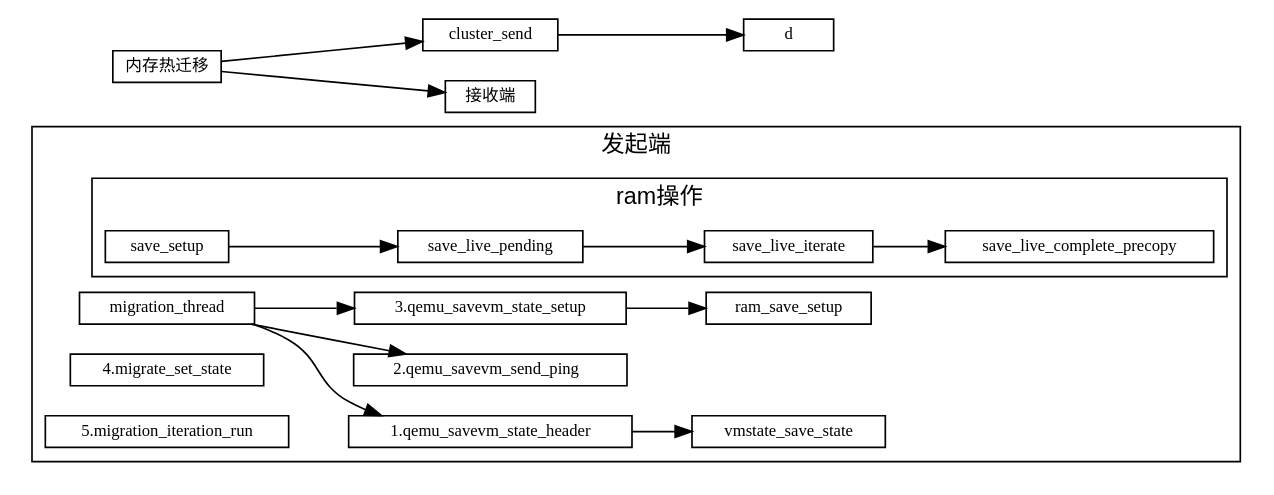
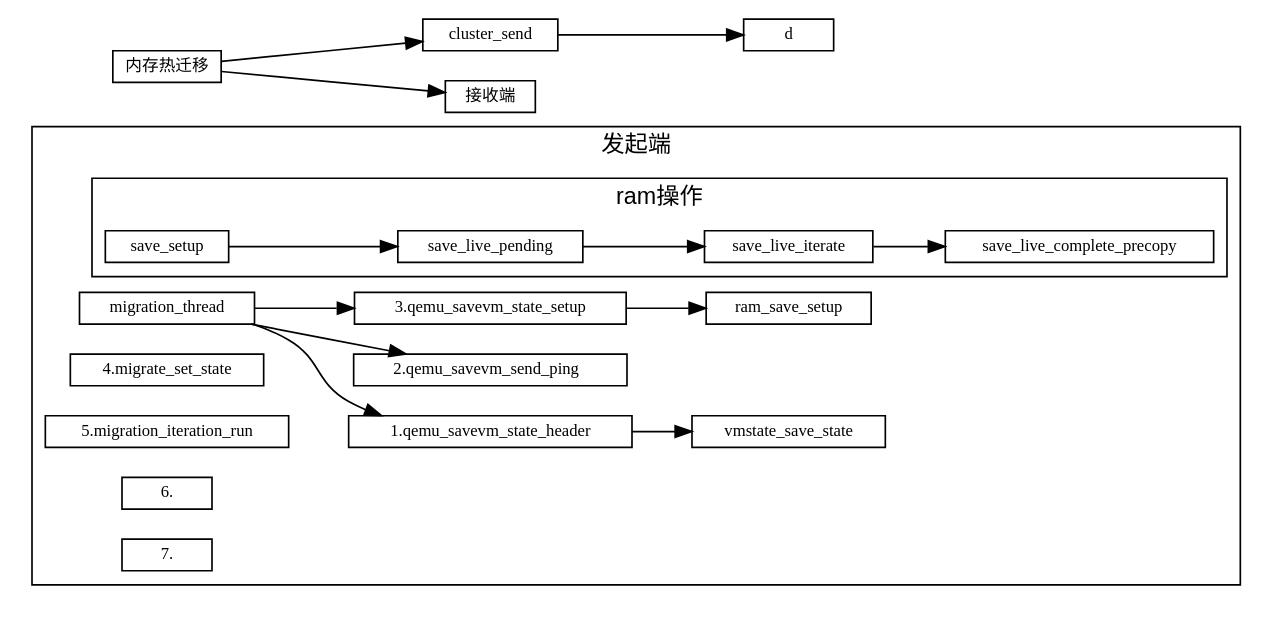
The diagram in 虚拟化/热迁移/1-内存热迁移.md (sisyphus1212/note), drawn with Graphviz before and after one commit.

Commit message:
auto_update

````diff
--- a/虚拟化/热迁移/1-内存热迁移.md
+++ b/虚拟化/热迁移/1-内存热迁移.md
@@ -11,36 +11,38 @@
 ```graphviz
 digraph 热迁移 {
 fontname="Helvetica,Arial,sans-serif"
 //node [fontname="Helvetica,Arial,sans-serif"]
 //edge [fontname="Helvetica,Arial,sans-serif"]
 rankdir="LR"
 node [fontsize=10, shape=box, height=0.25]
 edge [fontsize=10]
 
   subgraph send {
     cluster=true;
     label="发起端";
     migration_thread -> "1.qemu_savevm_state_header" -> vmstate_save_state;
     migration_thread -> "2.qemu_savevm_send_ping  ";
     migration_thread -> "3.qemu_savevm_state_setup" ->
                         ram_save_setup;
                         "4.migrate_set_state";
                         "5.migration_iteration_run";
+                        "6."
+                        "7."
 
     subgraph ram_opts {
       cluster=true;
       label="ram操作";
       save_setup ->
       save_live_pending ->
       save_live_iterate ->
       save_live_complete_precopy;
     }
   }
 
 内存热迁移 [label="内存热迁移"]
 内存热迁移 -> cluster_send
            -> d
 
 内存热迁移 -> 接收端
 }
 ```
````
